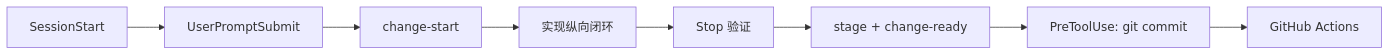
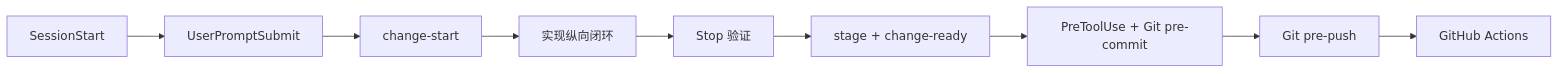
One commit to tankyhsu/gaia changed the diagram in docs/施工图/12-Agent研发SOP与流水线.md. Above: the diagram before and after it, drawn with Mermaid. The commit also changed other lines of this file and 25 other files, not shown here.

````diff
--- a/docs/施工图/12-Agent研发SOP与流水线.md
+++ b/docs/施工图/12-Agent研发SOP与流水线.md
@@ -18,10 +43,11 @@
 ```mermaid
 flowchart LR
     S[SessionStart] --> P[UserPromptSubmit]
     P --> C[change-start]
     C --> I[实现纵向闭环]
     I --> T[Stop 验证]
     T --> R[stage + change-ready]
-    R --> G[PreToolUse: git commit]
-    G --> H[GitHub Actions]
+    R --> G[PreToolUse + Git pre-commit]
+    G --> V[Git pre-push]
+    V --> H[GitHub Actions]
 ```
````
